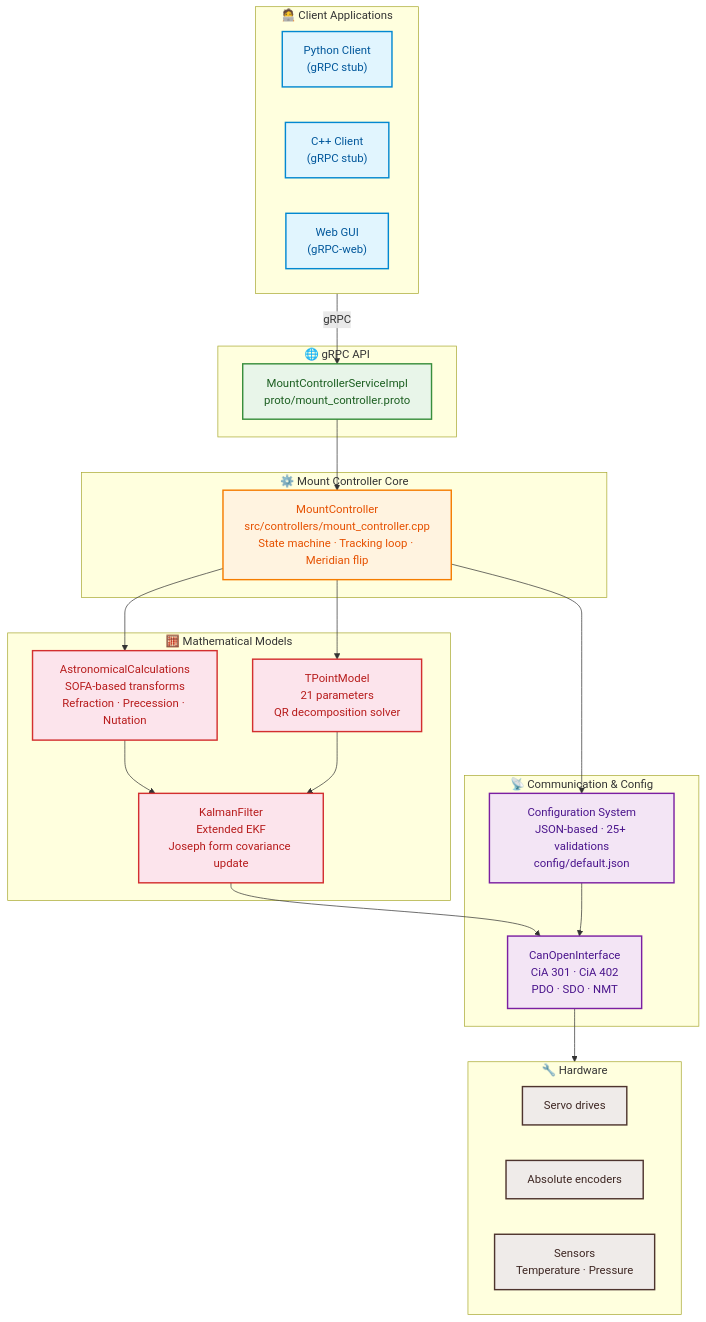
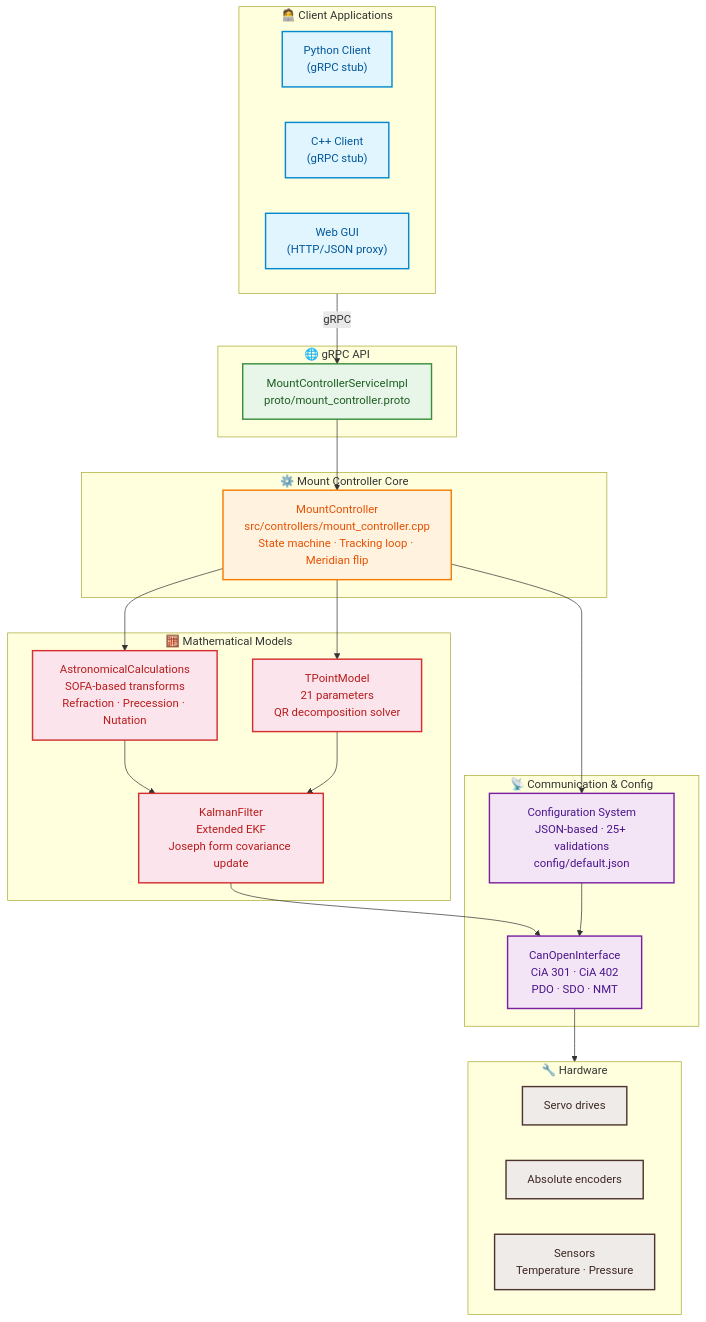
Before and after one commit to pielaszkiewicz-jacek/astro_mount_control: the first of 2 diagrams in docs/en/index.md, drawn with Mermaid. The commit also changed other lines of this file and 32 other files, not shown here.

````diff
--- a/docs/en/index.md
+++ b/docs/en/index.md
@@ -37,60 +37,60 @@
 ```mermaid
 flowchart TB
     %% Styles
     classDef client fill:#e1f5fe,stroke:#0288d1,stroke-width:2px,color:#01579b
     classDef api fill:#e8f5e9,stroke:#388e3c,stroke-width:2px,color:#1b5e20
     classDef core fill:#fff3e0,stroke:#f57c00,stroke-width:2px,color:#e65100
     classDef model fill:#fce4ec,stroke:#d32f2f,stroke-width:2px,color:#b71c1c
     classDef comm fill:#f3e5f5,stroke:#7b1fa2,stroke-width:2px,color:#4a148c
     classDef hw fill:#efebe9,stroke:#4e342e,stroke-width:2px,color:#3e2723
     classDef cfg fill:#e0f7fa,stroke:#00838f,stroke-width:2px,color:#004d40
 
     subgraph CLIENTS["🧑‍💻 Client Applications"]
         PY["Python Client<br/>(gRPC stub)"]
         CPP["C++ Client<br/>(gRPC stub)"]
-        WEB["Web GUI<br/>(gRPC-web)"]
+        WEB["Web GUI<br/>(HTTP/JSON proxy)"]
     end
 
     subgraph API["🌐 gRPC API"]
         GRPC["MountControllerServiceImpl<br/>proto/mount_controller.proto"]
     end
 
     subgraph CORE["⚙️ Mount Controller Core"]
         MC["MountController<br/>src/controllers/mount_controller.cpp<br/>State machine · Tracking loop · Meridian flip"]
     end
 
     subgraph MODELS["🧮 Mathematical Models"]
         ASTRO["AstronomicalCalculations<br/>SOFA-based transforms<br/>Refraction · Precession · Nutation"]
         TPOINT["TPointModel<br/>21 parameters<br/>QR decomposition solver"]
         KF["KalmanFilter<br/>Extended EKF<br/>Joseph form covariance update"]
     end
 
     subgraph COMM["📡 Communication & Config"]
         CAN["CanOpenInterface<br/>CiA 301 · CiA 402<br/>PDO · SDO · NMT"]
         CONFIG["Configuration System<br/>JSON-based · 25+ validations<br/>config/default.json"]
     end
 
     subgraph HW["🔧 Hardware"]
         HW1["Servo drives"]
         HW2["Absolute encoders"]
         HW3["Sensors<br/>Temperature · Pressure"]
     end
 
     CLIENTS -->|gRPC| GRPC
     GRPC --> MC
     MC --> ASTRO
     MC --> TPOINT
     MC --> CONFIG
     ASTRO --> KF
     TPOINT --> KF
     KF --> CAN
     CONFIG --> CAN
     CAN --> HW
 
     class PY,CPP,WEB client
     class GRPC api
     class MC core
     class ASTRO,TPOINT,KF model
     class CAN,CONFIG comm
     class HW1,HW2,HW3 hw
 ```
````
